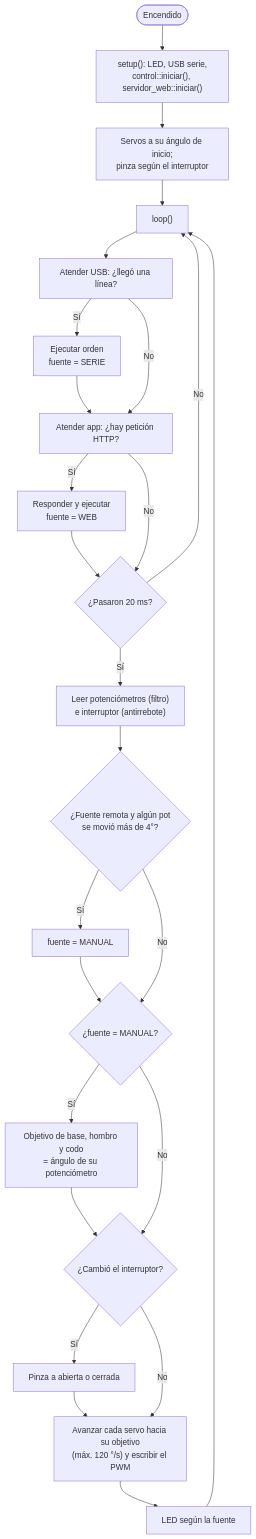
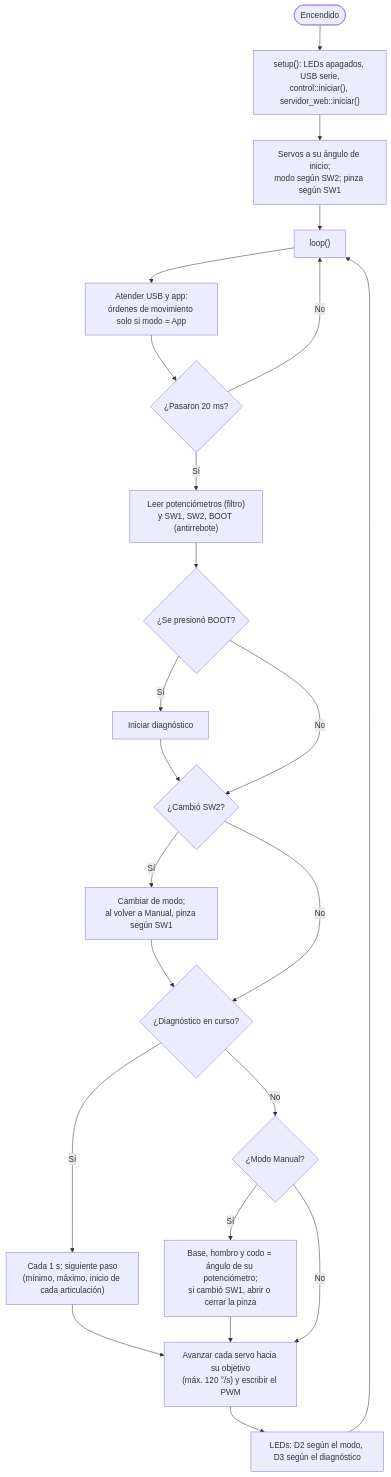
One commit to sebastiux/portafolio-just-the-docs changed the third of 3 diagrams in brazos/03-electronica-programacion.md. Above: the diagram before and after it, drawn with Mermaid. The commit also changed other lines of this file and 86 other files, not shown here.

````diff
--- a/brazos/03-electronica-programacion.md
+++ b/brazos/03-electronica-programacion.md
@@ -316,21 +368,20 @@
 ```mermaid
 flowchart TD
-  A([Encendido]) --> B["setup(): LED, USB serie,<br/>control::iniciar(), servidor_web::iniciar()"]
-  B --> B1["Servos a su ángulo de inicio;<br/>pinza según el interruptor"]
+  A([Encendido]) --> B["setup(): LEDs apagados, USB serie,<br/>control::iniciar(), servidor_web::iniciar()"]
+  B --> B1["Servos a su ángulo de inicio;<br/>modo según SW2; pinza según SW1"]
   B1 --> C["loop()"]
-  C --> D["Atender USB: ¿llegó una línea?"]
-  D -- Sí --> D1["Ejecutar orden<br/>fuente = SERIE"] --> E
-  D -- No --> E["Atender app: ¿hay petición HTTP?"]
-  E -- Sí --> E1["Responder y ejecutar<br/>fuente = WEB"] --> F
-  E -- No --> F{"¿Pasaron 20 ms?"}
+  C --> D["Atender USB y app:<br/>órdenes de movimiento solo si modo = App"]
+  D --> F{"¿Pasaron 20 ms?"}
   F -- No --> C
-  F -- Sí --> G["Leer potenciómetros (filtro)<br/>e interruptor (antirrebote)"]
-  G --> H{"¿Fuente remota y algún pot<br/>se movió más de 4°?"}
-  H -- Sí --> H1["fuente = MANUAL"] --> I
-  H -- No --> I{"¿fuente = MANUAL?"}
-  I -- Sí --> I1["Objetivo de base, hombro y codo<br/>= ángulo de su potenciómetro"] --> J
-  I -- No --> J{"¿Cambió el interruptor?"}
-  J -- Sí --> J1["Pinza a abierta o cerrada"] --> K
-  J -- No --> K["Avanzar cada servo hacia su objetivo<br/>(máx. 120 °/s) y escribir el PWM"]
-  K --> L["LED según la fuente"] --> C
+  F -- Sí --> G["Leer potenciómetros (filtro)<br/>y SW1, SW2, BOOT (antirrebote)"]
+  G --> H{"¿Se presionó BOOT?"}
+  H -- Sí --> H1["Iniciar diagnóstico"] --> I
+  H -- No --> I{"¿Cambió SW2?"}
+  I -- Sí --> I1["Cambiar de modo;<br/>al volver a Manual, pinza según SW1"] --> J
+  I -- No --> J{"¿Diagnóstico en curso?"}
+  J -- Sí --> J1["Cada 1 s: siguiente paso<br/>(mínimo, máximo, inicio de cada articulación)"] --> M
+  J -- No --> K{"¿Modo Manual?"}
+  K -- Sí --> K1["Base, hombro y codo = ángulo de su potenciómetro;<br/>si cambió SW1, abrir o cerrar la pinza"] --> M
+  K -- No --> M["Avanzar cada servo hacia su objetivo<br/>(máx. 120 °/s) y escribir el PWM"]
+  M --> N["LEDs: D2 según el modo, D3 según el diagnóstico"] --> C
 ```
````
